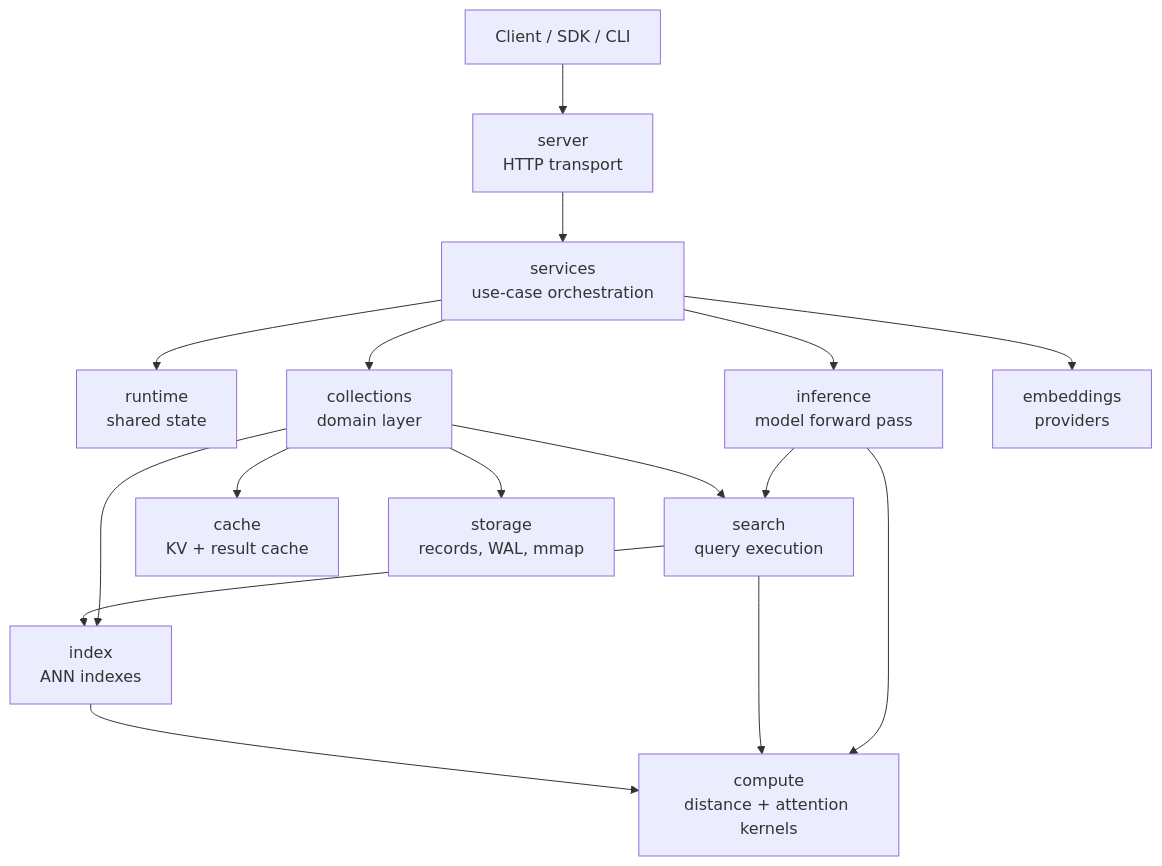
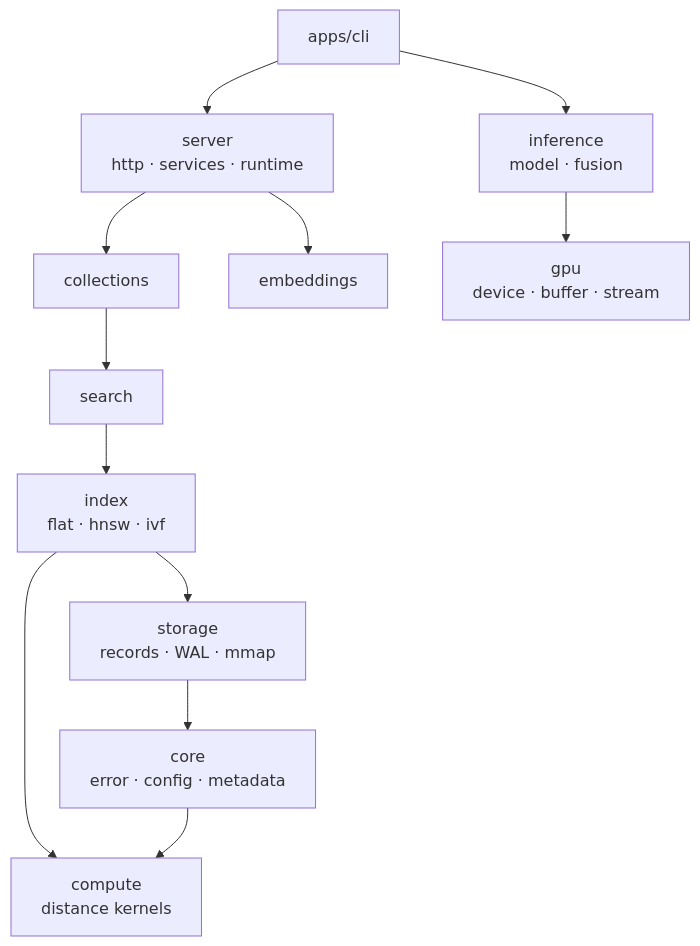
The diagram in README.md (ashworks1706/Piramid), drawn with Mermaid before and after one commit. The commit also changed other lines of this file and 20 other files, not shown here.

First line of the commit message:
Add AGENTS.md, architecture, roadmap, and seven ADRs

````diff
--- a/README.md
+++ b/README.md
@@ -36,30 +45,26 @@
 ```mermaid
 flowchart TD
-    Client[Client / SDK / CLI]
-    Server[server<br/>HTTP transport]
-    Services[services<br/>use-case orchestration]
-    Runtime[runtime<br/>shared state]
-    Inference[inference<br/>model forward pass]
-    Collections[collections<br/>domain layer]
-    Search[search<br/>query execution]
-    Index[index<br/>ANN indexes]
-    Compute[compute<br/>distance + attention kernels]
-    Cache[cache<br/>KV + result cache]
-    Storage[storage<br/>records, WAL, mmap]
-    Embeddings[embeddings<br/>providers]
+    CLI[apps/cli]
+    Server[server<br/>http · services · runtime]
+    Inference[inference<br/>model · fusion]
+    Collections[collections]
+    Embeddings[embeddings]
+    Search[search]
+    Index[index<br/>flat · hnsw · ivf]
+    Storage[storage<br/>records · WAL · mmap]
+    Core[core<br/>error · config · metadata]
+    Compute[compute<br/>distance kernels]
+    Gpu[gpu<br/>device · buffer · stream]
 
-    Client --> Server --> Services
-    Services --> Runtime
-    Services --> Inference
-    Services --> Collections
-    Services --> Embeddings
-    Inference --> Search
-    Inference --> Compute
+    CLI --> Server
+    CLI --> Inference
+    Server --> Collections
+    Server --> Embeddings
+    Inference --> Gpu
     Collections --> Search
-    Collections --> Index
-    Collections --> Cache
-    Collections --> Storage
     Search --> Index
-    Search --> Compute
+    Index --> Storage
     Index --> Compute
+    Storage --> Core
+    Core --> Compute
 ```
````
